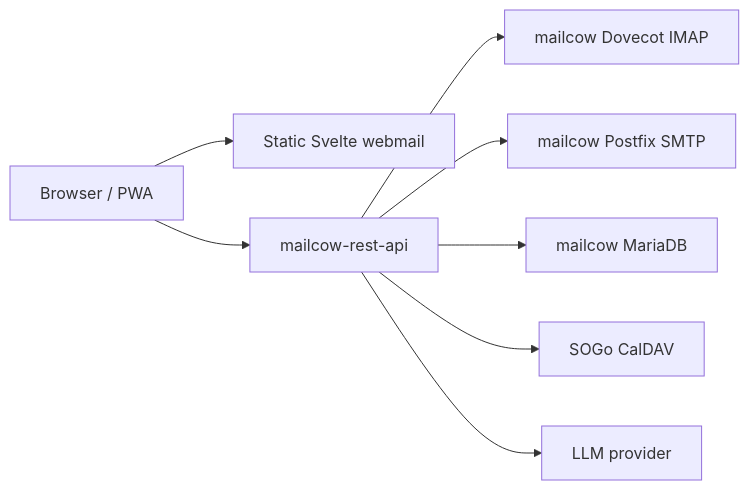
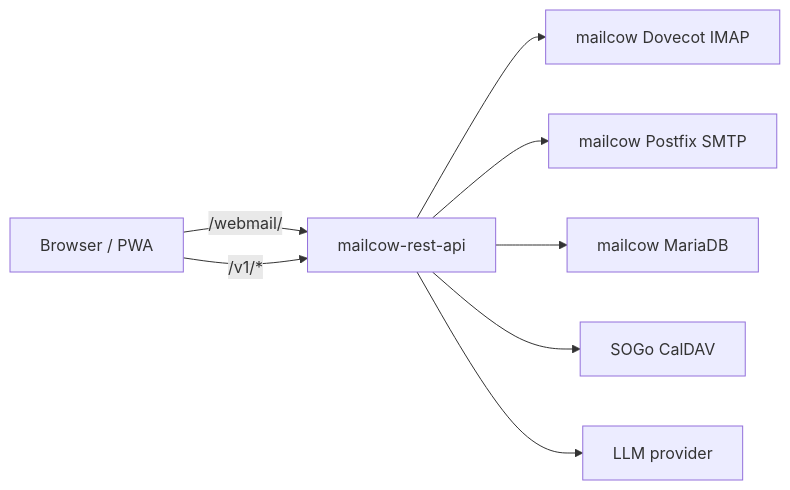
The diagram in webmail/README.md (jr551/mailcow-rest-api), drawn with Mermaid before and after one commit. The commit also changed other lines of this file and 2 other files, not shown here.

First line of the commit message:
docs: document the bundled webmail, the admin API, and the new env vars

````diff
--- a/webmail/README.md
+++ b/webmail/README.md
@@ -132,10 +13,10 @@
 ```mermaid
 flowchart LR
-    Browser[Browser / PWA] --> Static[Static Svelte webmail]
-    Browser --> API[mailcow-rest-api]
+    Browser[Browser / PWA] -->|/webmail/| API[mailcow-rest-api]
+    Browser -->|/v1/*| API
     API --> IMAP[mailcow Dovecot IMAP]
     API --> SMTP[mailcow Postfix SMTP]
     API --> DB[mailcow MariaDB]
     API --> SOGo[SOGo CalDAV]
     API --> LLM[LLM provider]
 ```
````
